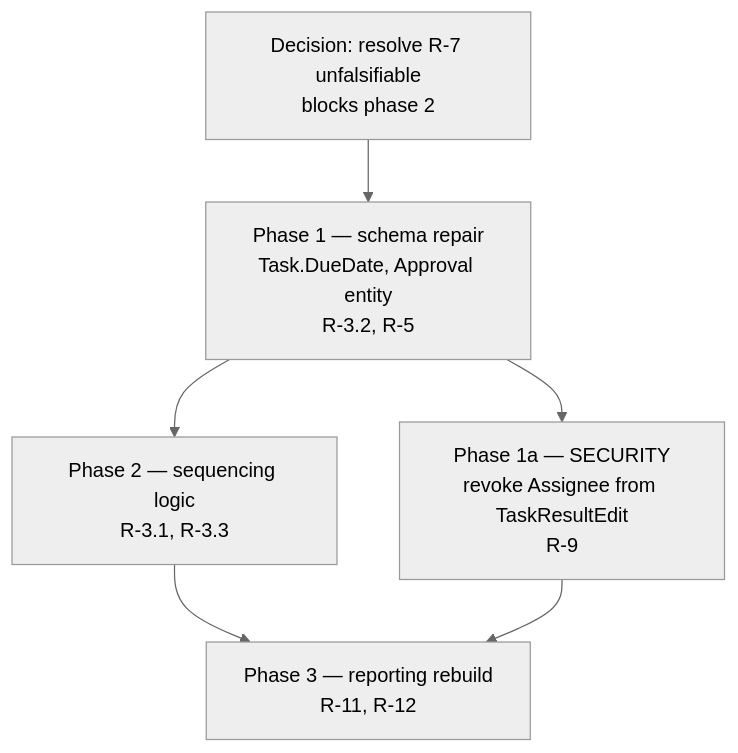
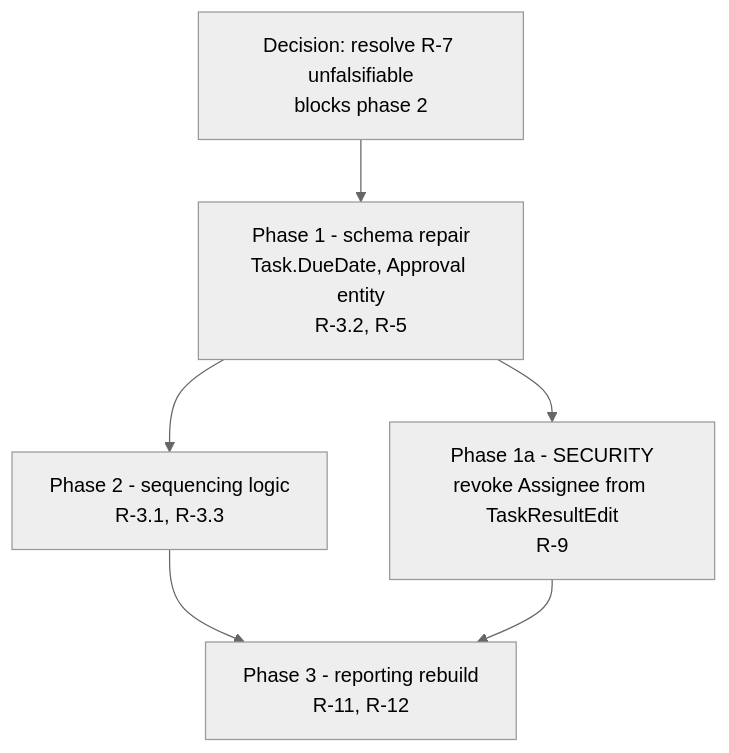
One commit to Xoltox/fulcrum changed the fourth of 4 diagrams in skills/fulcrum-gap-analysis/references/coverage-and-diagrams.md. Above: the diagram before and after it, drawn with Mermaid (neutral theme). The commit also changed other lines of this file and 48 other files, not shown here.

````diff
--- a/skills/fulcrum-gap-analysis/references/coverage-and-diagrams.md
+++ b/skills/fulcrum-gap-analysis/references/coverage-and-diagrams.md
@@ -114,8 +114,8 @@
 ```mermaid
 flowchart TD
     D1["Decision: resolve R-7 unfalsifiable<br/>blocks phase 2"] --> P1
-    P1["Phase 1 — schema repair<br/>Task.DueDate, Approval entity<br/>R-3.2, R-5"] --> P2
-    P1 --> S1["Phase 1a — SECURITY<br/>revoke Assignee from TaskResultEdit<br/>R-9"]
-    P2["Phase 2 — sequencing logic<br/>R-3.1, R-3.3"] --> P3
-    S1 --> P3["Phase 3 — reporting rebuild<br/>R-11, R-12"]
+    P1["Phase 1 - schema repair<br/>Task.DueDate, Approval entity<br/>R-3.2, R-5"] --> P2
+    P1 --> S1["Phase 1a - SECURITY<br/>revoke Assignee from TaskResultEdit<br/>R-9"]
+    P2["Phase 2 - sequencing logic<br/>R-3.1, R-3.3"] --> P3
+    S1 --> P3["Phase 3 - reporting rebuild<br/>R-11, R-12"]
 ```
````
